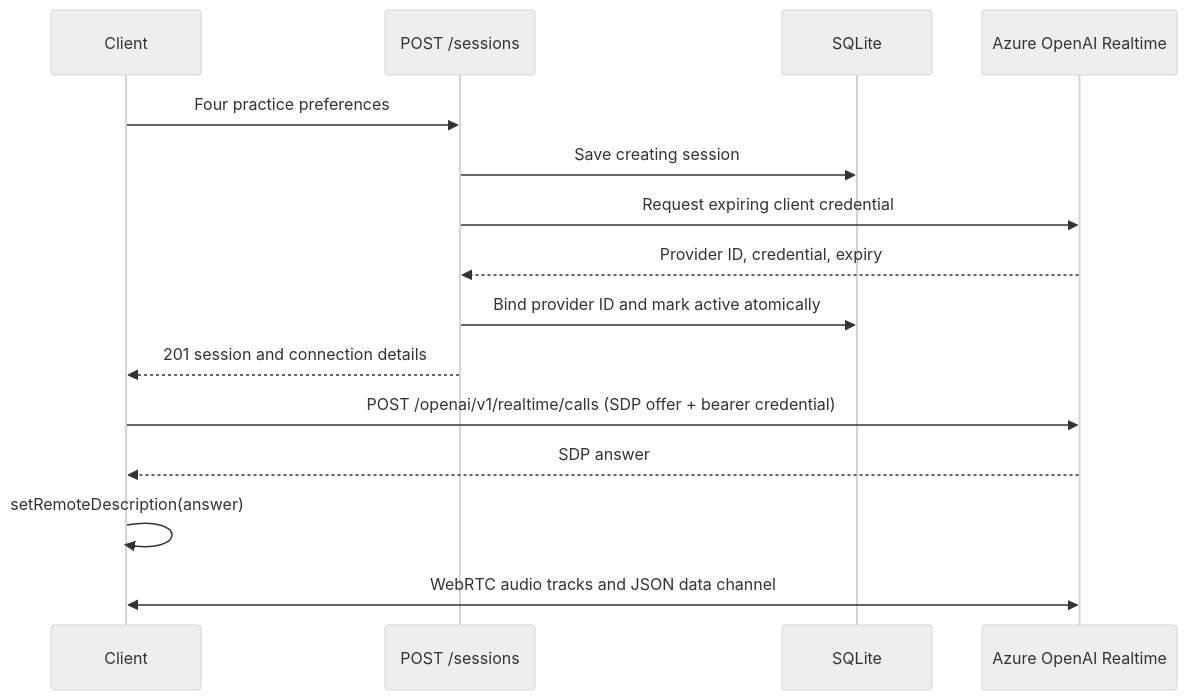
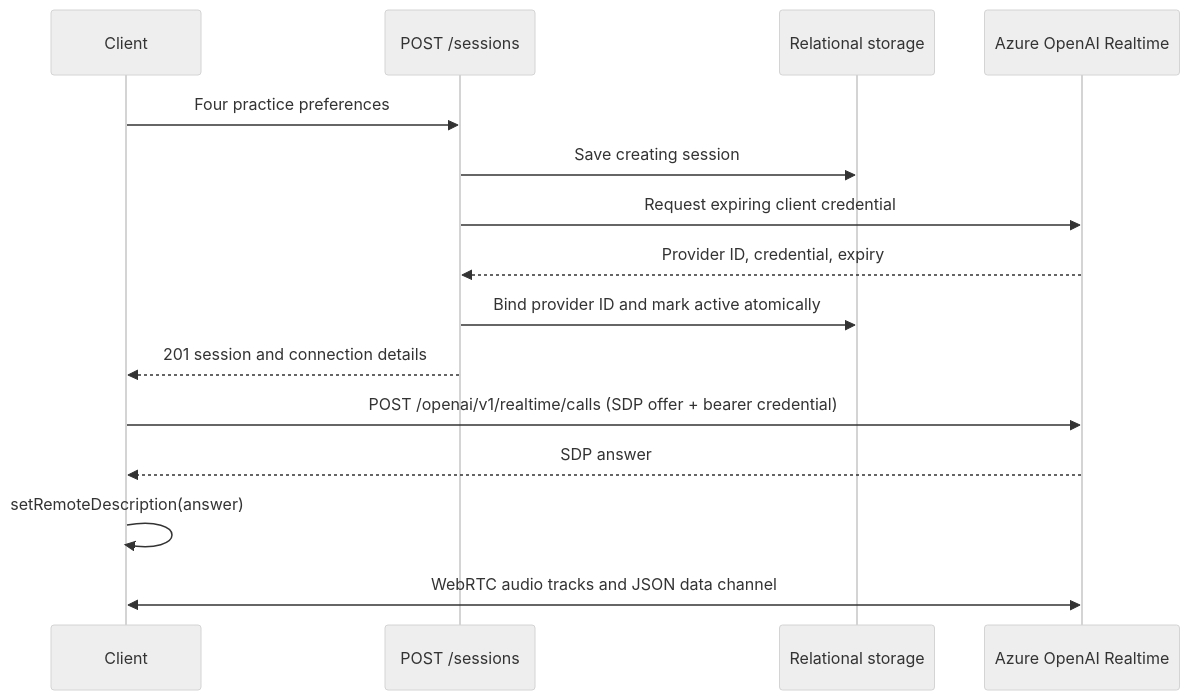
The diagram in docs/architecture.md (zhuang-xu/spoken-english-agent), drawn with Mermaid (neutral theme) before and after one commit. The commit also changed other lines of this file and 33 other files, not shown here.

````diff
--- a/docs/architecture.md
+++ b/docs/architecture.md
@@ -6,17 +6,17 @@
 ```mermaid
 sequenceDiagram
     participant Client
     participant API as POST /sessions
-    participant DB as SQLite
+    participant DB as Relational storage
     participant Provider as Azure OpenAI Realtime
     Client->>API: Four practice preferences
     API->>DB: Save creating session
     API->>Provider: Request expiring client credential
     Provider-->>API: Provider ID, credential, expiry
     API->>DB: Bind provider ID and mark active atomically
     API-->>Client: 201 session and connection details
     Client->>Provider: POST /openai/v1/realtime/calls (SDP offer + bearer credential)
     Provider-->>Client: SDP answer
     Client->>Client: setRemoteDescription(answer)
     Client<<->>Provider: WebRTC audio tracks and JSON data channel
 ```
````
